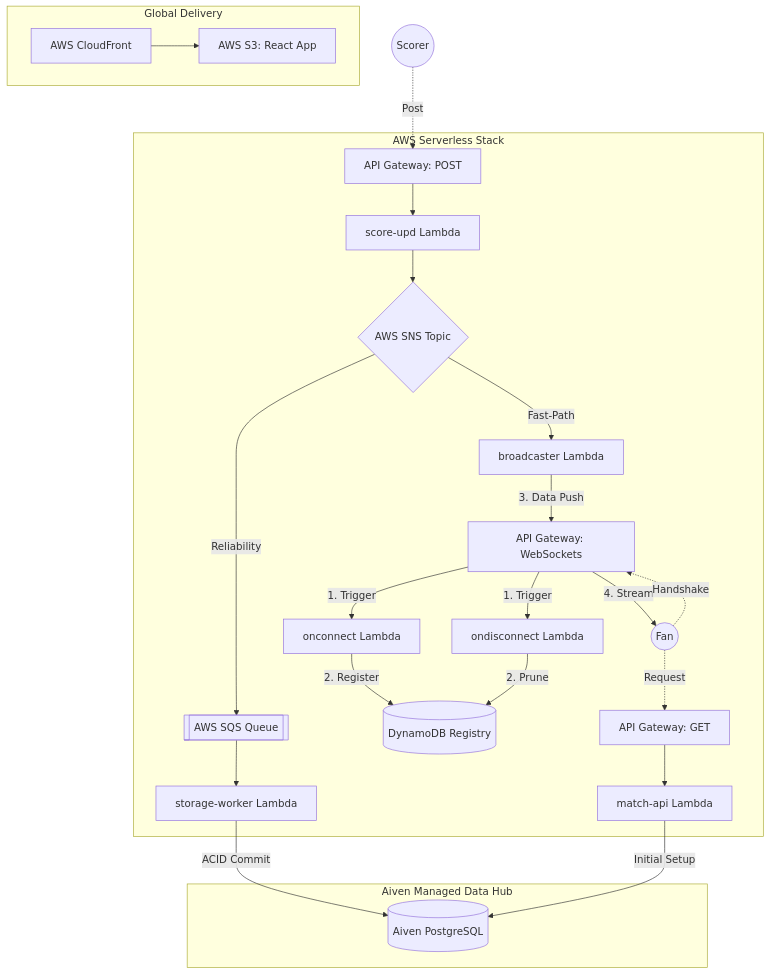
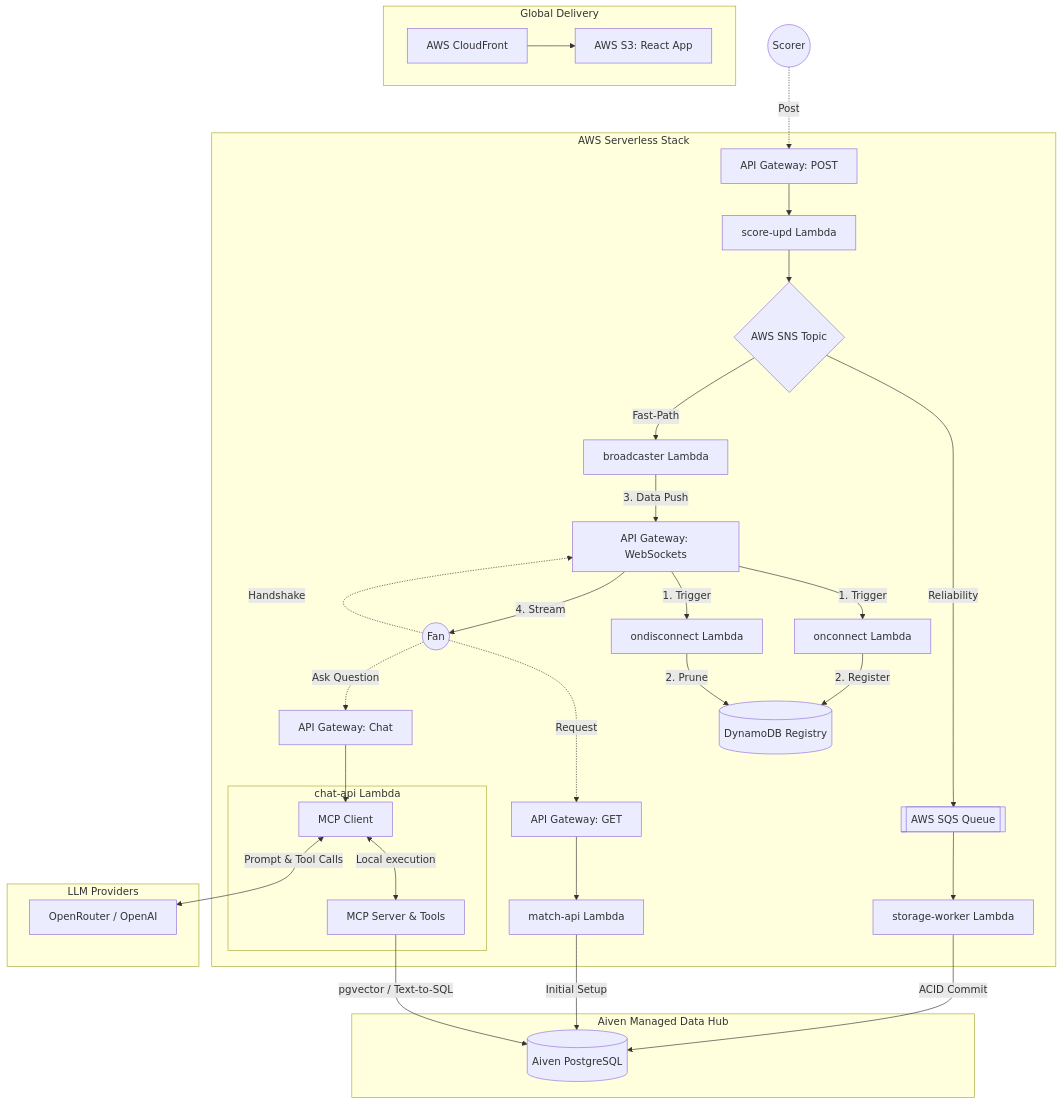
Before and after one commit to venkatesh-singamsetty/cricscore: the diagram in README.md, drawn with Mermaid. The commit also changed other lines of this file and 36 other files, not shown here.

````diff
--- a/README.md
+++ b/README.md
@@ -36,45 +32,62 @@
 ```mermaid
 graph TD
     %% Global CDN Layer
     subgraph CDN [Global Delivery]
         CF[AWS CloudFront] --> S3[AWS S3: React App]
     end
 
     %% Cloud Logic
     subgraph AWS [AWS Serverless Stack]
         REST_GET[API Gateway: GET] --> match_api[match-api Lambda]
 
         REST_POST[API Gateway: POST] --> score_update[score-upd Lambda]
         score_update --> SNS{AWS SNS Topic}
+
+        %% Agentic AI
+        REST_AI[API Gateway: Chat] --> MCP_C
+
+        subgraph chat_api [chat-api Lambda]
+            MCP_C[MCP Client]
+            MCP_S[MCP Server & Tools]
+            MCP_C <-->|Local execution| MCP_S
+        end
 
         %% Consumer logic
         SNS -->|Reliability| SQS[[AWS SQS Queue]]
         SQS --> storage_worker[storage-worker Lambda]
 
         SNS -->|Fast-Path| broadcaster[broadcaster Lambda]
 
         %% WebSocket Gateway Hub
         WS_GW[API Gateway: WebSockets] -->|1. Trigger| onConnect[onconnect Lambda]
         WS_GW -->|1. Trigger| onDisconnect[ondisconnect Lambda]
 
         onConnect -->|2. Register| DDB[(DynamoDB Registry)]
         onDisconnect -->|2. Prune| DDB
 
         broadcaster -->|3. Data Push| WS_GW
         WS_GW -->|4. Stream| Fan
     end
 
-    %% Data Hub vertically stacked for clear routing
+    %% Data Hub
     subgraph Aiven [Aiven Managed Data Hub]
         PG[(Aiven PostgreSQL)]
+    end
+
+    %% External AI Models
+    subgraph AI [LLM Providers]
+        LLM[OpenRouter / OpenAI]
     end
 
     %% Explicit data routing
     match_api -->|Initial Setup| PG
     storage_worker -->|ACID Commit| PG
+    MCP_S -->|pgvector / Text-to-SQL| PG
+    MCP_C <-->|Prompt & Tool Calls| LLM
 
     %% User Interaction Labels
     Fan((Fan)) -.->|Request| REST_GET
     Fan -.->|Handshake| WS_GW
+    Fan -.->|Ask Question| REST_AI
     Scorer((Scorer)) -.->|Post| REST_POST
 ```
````
